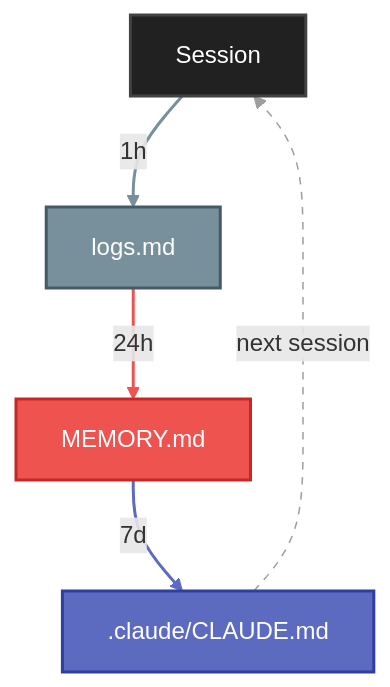
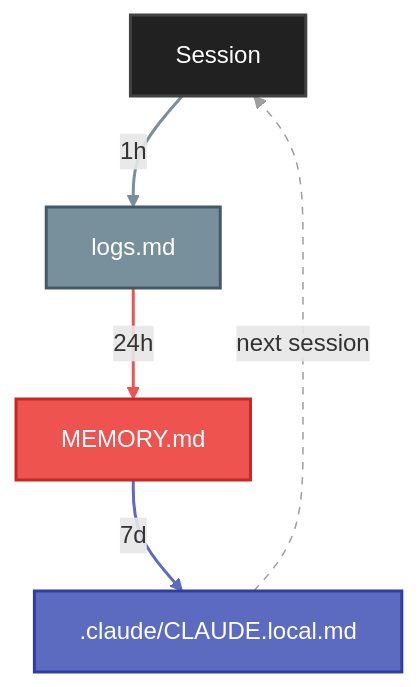
Before and after one commit to jameswniu/claude-os: the second of 3 diagrams in README.md, drawn with Mermaid. The commit also changed other lines of this file and 111 other files, not shown here.

Commit message:
Rename .claude/CLAUDE.md to .claude/CLAUDE.local.md across templates

````diff
--- a/README.md
+++ b/README.md
@@ -205,17 +205,17 @@
 ```mermaid
 flowchart TD
     S["Session"] -- "1h" --> L["logs.md"]
     L -- "24h" --> D["MEMORY.md"]
-    D -- "7d" --> R[".claude/CLAUDE.md"]
+    D -- "7d" --> R[".claude/CLAUDE.local.md"]
     R -. "next session" .-> S
 
     style S fill:#212121,color:#fff,stroke:#424242,stroke-width:2px
     style L fill:#78909C,color:#fff,stroke:#455A64,stroke-width:2px
     style D fill:#EF5350,color:#fff,stroke:#C62828,stroke-width:2px
     style R fill:#5C6BC0,color:#fff,stroke:#303F9F,stroke-width:2px
 
     linkStyle 0 stroke:#78909C,stroke-width:2px
     linkStyle 1 stroke:#EF5350,stroke-width:2px
     linkStyle 2 stroke:#5C6BC0,stroke-width:2px
     linkStyle 3 stroke:#9E9E9E,stroke-width:1px,stroke-dasharray:5
 ```
````
